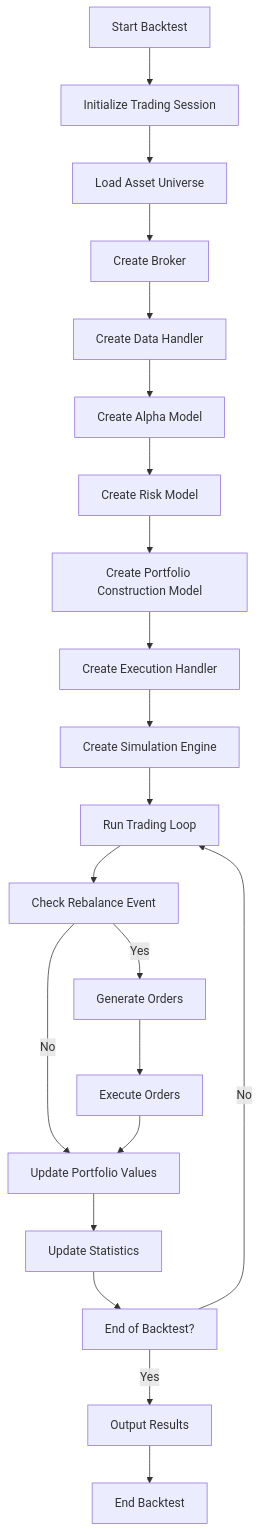
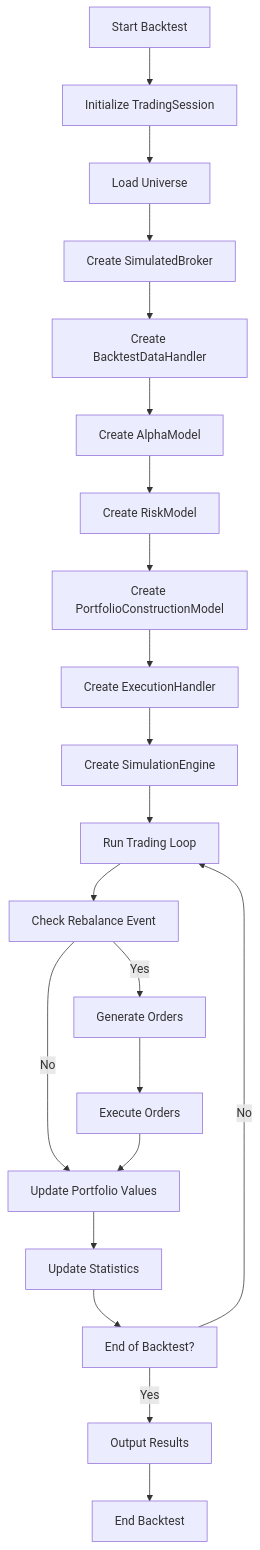
The diagram in backtest_flow.mmd (stefan160/qstrader), drawn with Mermaid before and after one commit.

First paragraph of the commit message:
aider: Updated names of the used python objects (classes) in the mermaid js graph for describing the backtest run of the repo.
# Aider chat conversation:

```diff
--- a/backtest_flow.mmd
+++ b/backtest_flow.mmd
@@ -1,21 +1,21 @@
 graph TD
-    A[Start Backtest] --> B[Initialize Trading Session]
-    B --> C[Load Asset Universe]
-    C --> D[Create Broker]
-    D --> E[Create Data Handler]
-    E --> F[Create Alpha Model]
-    F --> G[Create Risk Model]
-    G --> H[Create Portfolio Construction Model]
-    H --> I[Create Execution Handler]
-    I --> J[Create Simulation Engine]
+    A[Start Backtest] --> B[Initialize TradingSession]
+    B --> C[Load Universe]
+    C --> D[Create SimulatedBroker]
+    D --> E[Create BacktestDataHandler]
+    E --> F[Create AlphaModel]
+    F --> G[Create RiskModel]
+    G --> H[Create PortfolioConstructionModel]
+    H --> I[Create ExecutionHandler]
+    I --> J[Create SimulationEngine]
     J --> K[Run Trading Loop]
     K --> L[Check Rebalance Event]
     L -->|Yes| M[Generate Orders]
     L -->|No| N[Update Portfolio Values]
     M --> O[Execute Orders]
     O --> N
     N --> P[Update Statistics]
     P --> Q[End of Backtest?]
     Q -->|Yes| R[Output Results]
     Q -->|No| K
     R --> S[End Backtest]
```
